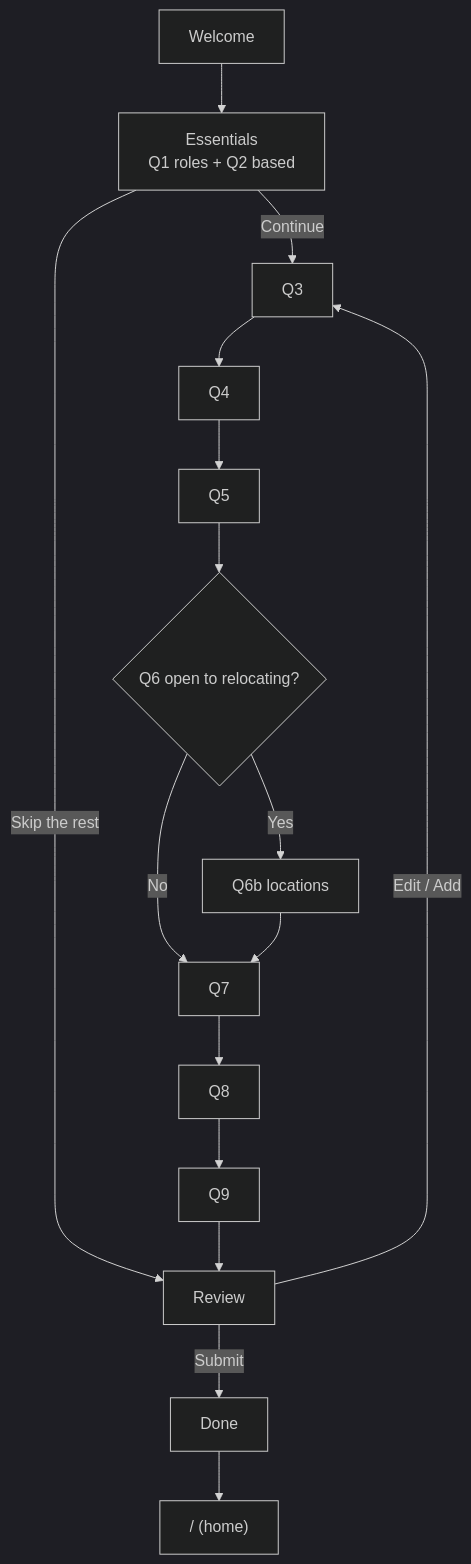
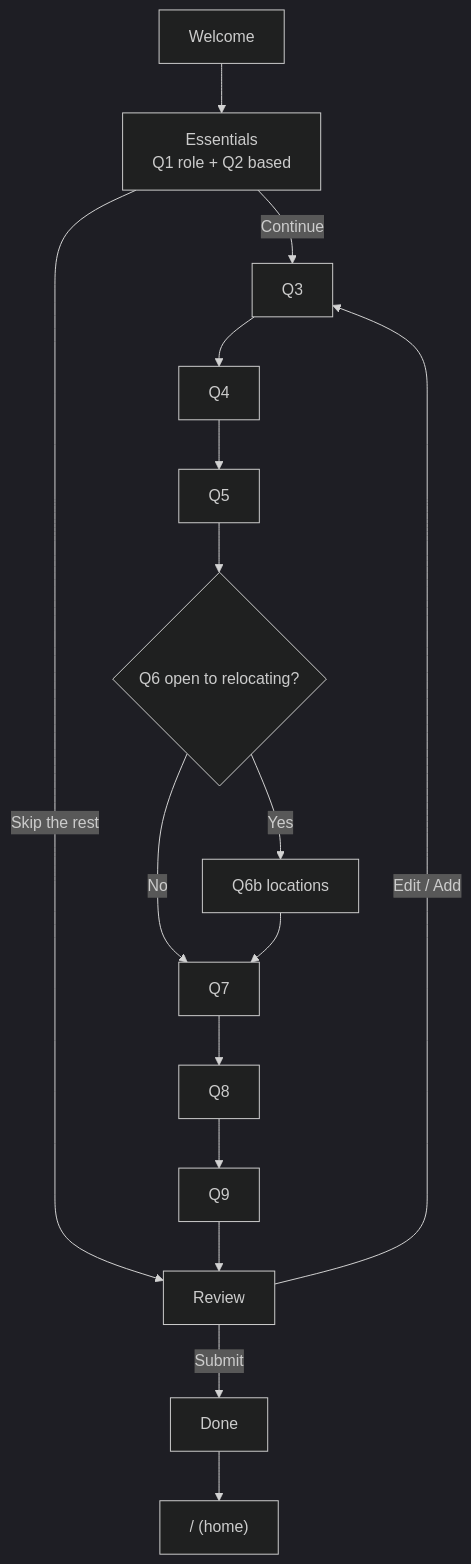
Before and after one commit to Jeko92/job-scraper: the diagram in doc/onboarding-wireframe.md, drawn with Mermaid (dark theme). The commit also changed other lines of this file and 10 other files, not shown here.

````diff
--- a/doc/onboarding-wireframe.md
+++ b/doc/onboarding-wireframe.md
@@ -3,13 +3,13 @@
 ```mermaid
 flowchart TD
-    Welcome --> Essentials["Essentials<br/>Q1 roles + Q2 based"]
+    Welcome --> Essentials["Essentials<br/>Q1 role + Q2 based"]
     Essentials -->|Continue| Q3
     Essentials -->|Skip the rest| Review
     Q3 --> Q4 --> Q5 --> Q6{"Q6 open to relocating?"}
     Q6 -->|Yes| Q6b["Q6b locations"]
     Q6 -->|No| Q7
     Q6b --> Q7
     Q7 --> Q8 --> Q9 --> Review
     Review -->|"Edit / Add"| Q3
     Review -->|Submit| Done --> Home["/ (home)"]
 ```
````
